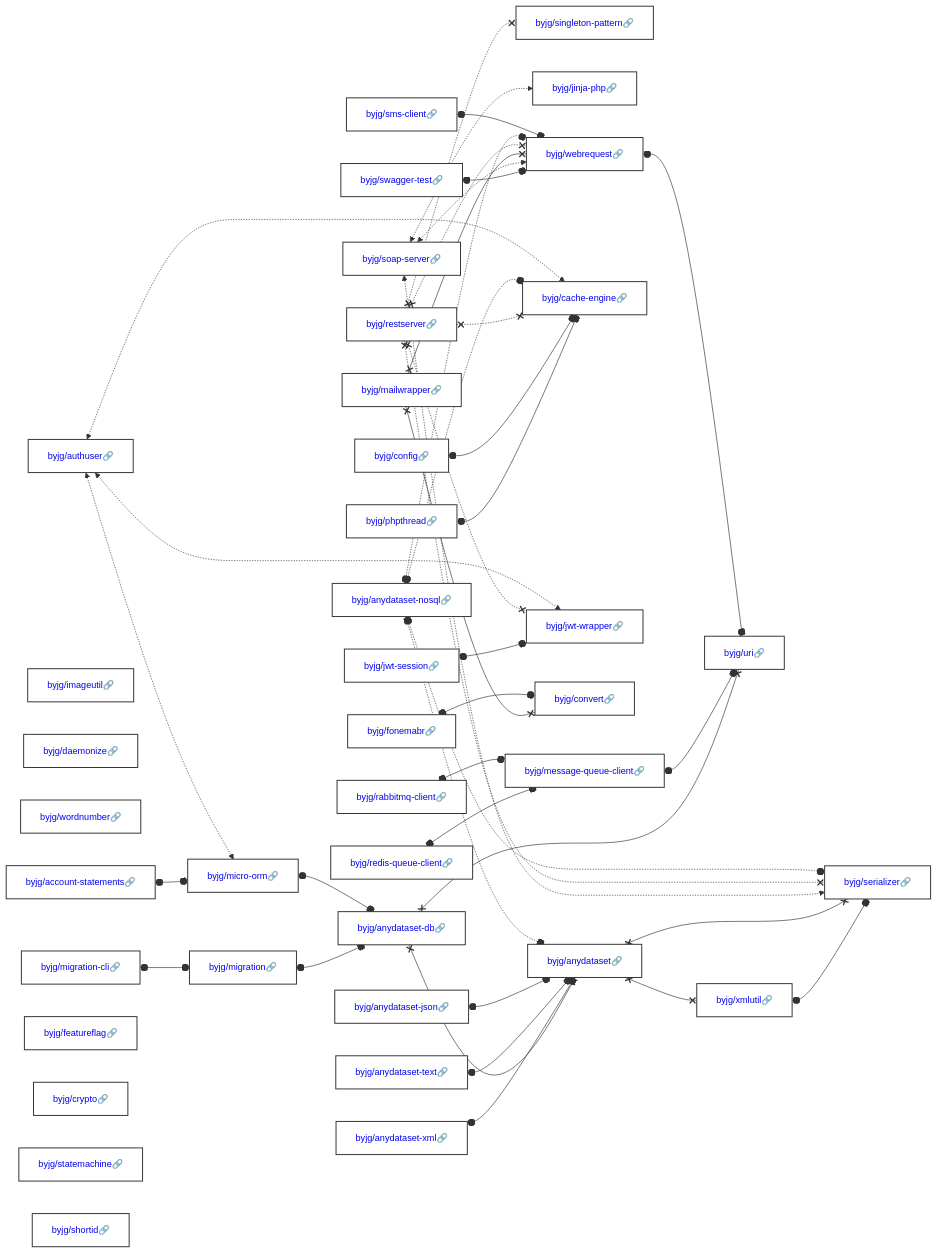
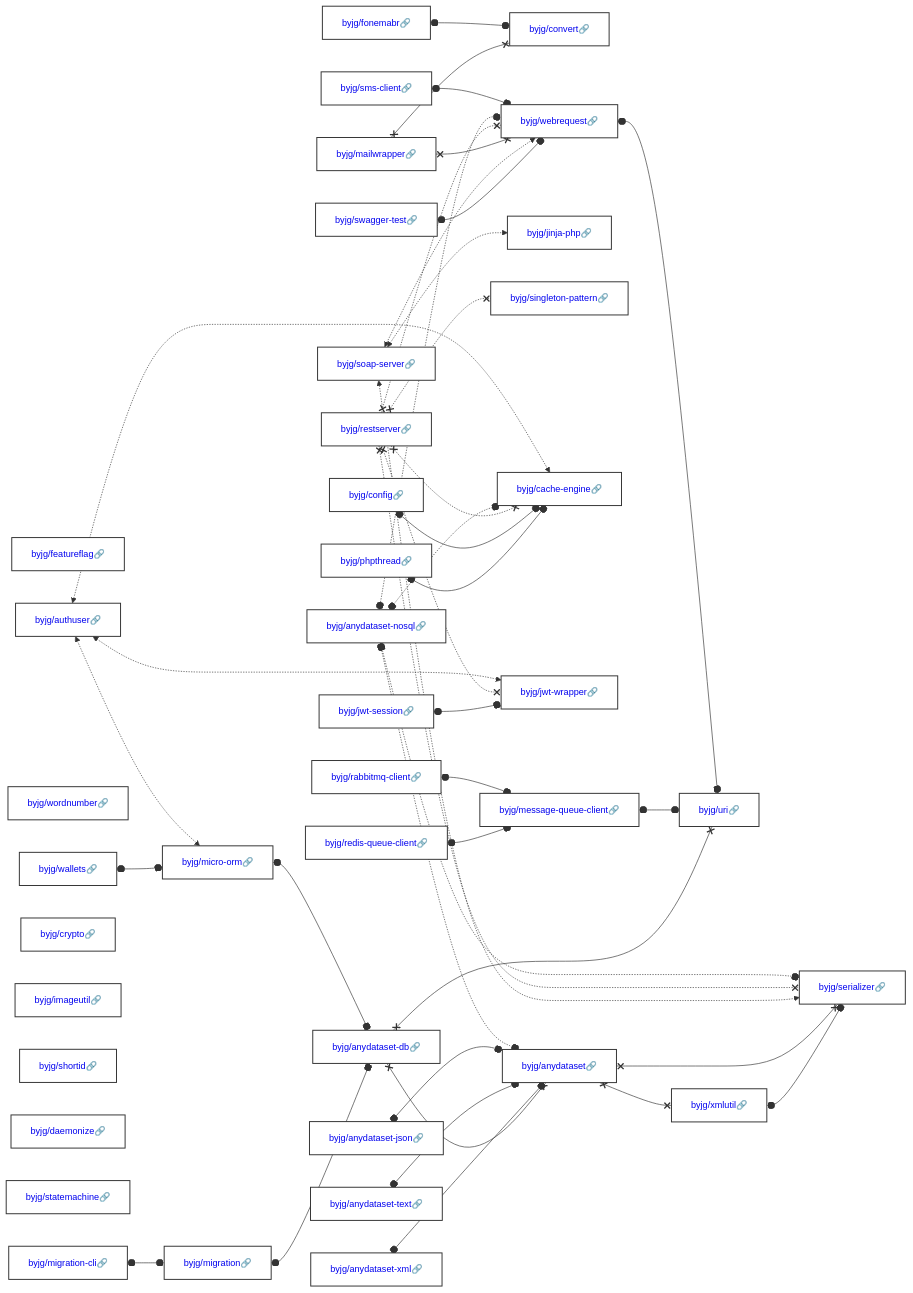
Before and after one commit to byjg/byjg.github.io: the diagram in docs/php/README.md, drawn with Mermaid. The commit also changed 8 other files, not shown here.

Commit message:
Update documentation 'php' 'php-wallets'

````diff
--- a/docs/php/README.md
+++ b/docs/php/README.md
@@ -3,38 +3,38 @@
 ```mermaid
 graph LR;
+  byjg/featureflag[<a href='https://opensource.byjg.com/docs/php/featureflag' style='text-decoration:none'>byjg/featureflag🔗</a>];
+  byjg/anydataset-xml[<a href='https://opensource.byjg.com/docs/php/anydataset-xml' style='text-decoration:none'>byjg/anydataset-xml🔗</a>];
+  byjg/migration-cli[<a href='https://opensource.byjg.com/docs/php/migration-cli' style='text-decoration:none'>byjg/migration-cli🔗</a>];
+  byjg/wordnumber[<a href='https://opensource.byjg.com/docs/php/wordnumber' style='text-decoration:none'>byjg/wordnumber🔗</a>];
+  byjg/wallets[<a href='https://opensource.byjg.com/docs/php/wallets' style='text-decoration:none'>byjg/wallets🔗</a>];
+  byjg/crypto[<a href='https://opensource.byjg.com/docs/php/crypto' style='text-decoration:none'>byjg/crypto🔗</a>];
+  byjg/fonemabr[<a href='https://opensource.byjg.com/docs/php/fonemabr' style='text-decoration:none'>byjg/fonemabr🔗</a>];
+  byjg/sms-client[<a href='https://opensource.byjg.com/docs/php/sms-client' style='text-decoration:none'>byjg/sms-client🔗</a>];
+  byjg/rabbitmq-client[<a href='https://opensource.byjg.com/docs/php/rabbitmq-client' style='text-decoration:none'>byjg/rabbitmq-client🔗</a>];
+  byjg/anydataset-nosql[<a href='https://opensource.byjg.com/docs/php/anydataset-nosql' style='text-decoration:none'>byjg/anydataset-nosql🔗</a>];
+  byjg/mailwrapper[<a href='https://opensource.byjg.com/docs/php/mailwrapper' style='text-decoration:none'>byjg/mailwrapper🔗</a>];
+  byjg/imageutil[<a href='https://opensource.byjg.com/docs/php/imageutil' style='text-decoration:none'>byjg/imageutil🔗</a>];
+  byjg/redis-queue-client[<a href='https://opensource.byjg.com/docs/php/redis-queue-client' style='text-decoration:none'>byjg/redis-queue-client🔗</a>];
+  byjg/shortid[<a href='https://opensource.byjg.com/docs/php/shortid' style='text-decoration:none'>byjg/shortid🔗</a>];
+  byjg/daemonize[<a href='https://opensource.byjg.com/docs/php/daemonize' style='text-decoration:none'>byjg/daemonize🔗</a>];
   byjg/phpthread[<a href='https://opensource.byjg.com/docs/php/phpthread' style='text-decoration:none'>byjg/phpthread🔗</a>];
+  byjg/statemachine[<a href='https://opensource.byjg.com/docs/php/statemachine' style='text-decoration:none'>byjg/statemachine🔗</a>];
+  byjg/config[<a href='https://opensource.byjg.com/docs/php/config' style='text-decoration:none'>byjg/config🔗</a>];
+  byjg/soap-server[<a href='https://opensource.byjg.com/docs/php/soap-server' style='text-decoration:none'>byjg/soap-server🔗</a>];
+  byjg/authuser[<a href='https://opensource.byjg.com/docs/php/authuser' style='text-decoration:none'>byjg/authuser🔗</a>];
+  byjg/jwt-session[<a href='https://opensource.byjg.com/docs/php/jwt-session' style='text-decoration:none'>byjg/jwt-session🔗</a>];
+  byjg/anydataset-text[<a href='https://opensource.byjg.com/docs/php/anydataset-text' style='text-decoration:none'>byjg/anydataset-text🔗</a>];
+  byjg/anydataset-json[<a href='https://opensource.byjg.com/docs/php/anydataset-json' style='text-decoration:none'>byjg/anydataset-json🔗</a>];
   byjg/restserver[<a href='https://opensource.byjg.com/docs/php/restserver' style='text-decoration:none'>byjg/restserver🔗</a>];
-  byjg/migration-cli[<a href='https://opensource.byjg.com/docs/php/migration-cli' style='text-decoration:none'>byjg/migration-cli🔗</a>];
   byjg/swagger-test[<a href='https://opensource.byjg.com/docs/php/swagger-test' style='text-decoration:none'>byjg/swagger-test🔗</a>];
-  byjg/fonemabr[<a href='https://opensource.byjg.com/docs/php/fonemabr' style='text-decoration:none'>byjg/fonemabr🔗</a>];
-  byjg/jwt-session[<a href='https://opensource.byjg.com/docs/php/jwt-session' style='text-decoration:none'>byjg/jwt-session🔗</a>];
-  byjg/anydataset-nosql[<a href='https://opensource.byjg.com/docs/php/anydataset-nosql' style='text-decoration:none'>byjg/anydataset-nosql🔗</a>];
-  byjg/anydataset-xml[<a href='https://opensource.byjg.com/docs/php/anydataset-xml' style='text-decoration:none'>byjg/anydataset-xml🔗</a>];
-  byjg/anydataset-json[<a href='https://opensource.byjg.com/docs/php/anydataset-json' style='text-decoration:none'>byjg/anydataset-json🔗</a>];
-  byjg/sms-client[<a href='https://opensource.byjg.com/docs/php/sms-client' style='text-decoration:none'>byjg/sms-client🔗</a>];
-  byjg/redis-queue-client[<a href='https://opensource.byjg.com/docs/php/redis-queue-client' style='text-decoration:none'>byjg/redis-queue-client🔗</a>];
-  byjg/anydataset-text[<a href='https://opensource.byjg.com/docs/php/anydataset-text' style='text-decoration:none'>byjg/anydataset-text🔗</a>];
-  byjg/imageutil[<a href='https://opensource.byjg.com/docs/php/imageutil' style='text-decoration:none'>byjg/imageutil🔗</a>];
-  byjg/daemonize[<a href='https://opensource.byjg.com/docs/php/daemonize' style='text-decoration:none'>byjg/daemonize🔗</a>];
-  byjg/wordnumber[<a href='https://opensource.byjg.com/docs/php/wordnumber' style='text-decoration:none'>byjg/wordnumber🔗</a>];
-  byjg/account-statements[<a href='https://opensource.byjg.com/docs/php/account-statements' style='text-decoration:none'>byjg/account-statements🔗</a>];
-  byjg/soap-server[<a href='https://opensource.byjg.com/docs/php/soap-server' style='text-decoration:none'>byjg/soap-server🔗</a>];
-  byjg/config[<a href='https://opensource.byjg.com/docs/php/config' style='text-decoration:none'>byjg/config🔗</a>];
-  byjg/rabbitmq-client[<a href='https://opensource.byjg.com/docs/php/rabbitmq-client' style='text-decoration:none'>byjg/rabbitmq-client🔗</a>];
-  byjg/authuser[<a href='https://opensource.byjg.com/docs/php/authuser' style='text-decoration:none'>byjg/authuser🔗</a>];
-  byjg/featureflag[<a href='https://opensource.byjg.com/docs/php/featureflag' style='text-decoration:none'>byjg/featureflag🔗</a>];
-  byjg/mailwrapper[<a href='https://opensource.byjg.com/docs/php/mailwrapper' style='text-decoration:none'>byjg/mailwrapper🔗</a>];
-  byjg/crypto[<a href='https://opensource.byjg.com/docs/php/crypto' style='text-decoration:none'>byjg/crypto🔗</a>];
-  byjg/statemachine[<a href='https://opensource.byjg.com/docs/php/statemachine' style='text-decoration:none'>byjg/statemachine🔗</a>];
-  byjg/shortid[<a href='https://opensource.byjg.com/docs/php/shortid' style='text-decoration:none'>byjg/shortid🔗</a>];
+  byjg/migration[<a href='https://opensource.byjg.com/docs/php/migration' style='text-decoration:none'>byjg/migration🔗</a>];
+  byjg/convert[<a href='https://opensource.byjg.com/docs/php/convert' style='text-decoration:none'>byjg/convert🔗</a>];
+  byjg/message-queue-client[<a href='https://opensource.byjg.com/docs/php/message-queue-client' style='text-decoration:none'>byjg/message-queue-client🔗</a>];
+  byjg/jinja-php[<a href='https://opensource.byjg.com/docs/php/jinja-php' style='text-decoration:none'>byjg/jinja-php🔗</a>];
+  byjg/micro-orm[<a href='https://opensource.byjg.com/docs/php/micro-orm' style='text-decoration:none'>byjg/micro-orm🔗</a>];
   byjg/singleton-pattern[<a href='https://opensource.byjg.com/docs/php/singleton-pattern' style='text-decoration:none'>byjg/singleton-pattern🔗</a>];
-  byjg/migration[<a href='https://opensource.byjg.com/docs/php/migration' style='text-decoration:none'>byjg/migration🔗</a>];
-  byjg/jinja-php[<a href='https://opensource.byjg.com/docs/php/jinja-php' style='text-decoration:none'>byjg/jinja-php🔗</a>];
-  byjg/message-queue-client[<a href='https://opensource.byjg.com/docs/php/message-queue-client' style='text-decoration:none'>byjg/message-queue-client🔗</a>];
-  byjg/micro-orm[<a href='https://opensource.byjg.com/docs/php/micro-orm' style='text-decoration:none'>byjg/micro-orm🔗</a>];
   byjg/cache-engine[<a href='https://opensource.byjg.com/docs/php/cache-engine' style='text-decoration:none'>byjg/cache-engine🔗</a>];
   byjg/jwt-wrapper[<a href='https://opensource.byjg.com/docs/php/jwt-wrapper' style='text-decoration:none'>byjg/jwt-wrapper🔗</a>];
-  byjg/convert[<a href='https://opensource.byjg.com/docs/php/convert' style='text-decoration:none'>byjg/convert🔗</a>];
   byjg/webrequest[<a href='https://opensource.byjg.com/docs/php/webrequest' style='text-decoration:none'>byjg/webrequest🔗</a>];
   byjg/anydataset-db[<a href='https://opensource.byjg.com/docs/php/anydataset-db' style='text-decoration:none'>byjg/anydataset-db🔗</a>];
   byjg/anydataset[<a href='https://opensource.byjg.com/docs/php/anydataset' style='text-decoration:none'>byjg/anydataset🔗</a>];
@@ -45,6 +45,7 @@
   byjg/anydataset x--x byjg/serializer;
   byjg/anydataset x--x byjg/xmlutil;
   byjg/migration o--o byjg/anydataset-db;
+  byjg/wallets o--o byjg/micro-orm;
   byjg/swagger-test o--o byjg/webrequest;
   byjg/anydataset-db x--x byjg/anydataset;
   byjg/anydataset-db x--x byjg/uri;
@@ -58,7 +59,6 @@
   byjg/webrequest o--o byjg/uri;
   byjg/migration-cli o--o byjg/migration;
   byjg/jwt-session o--o byjg/jwt-wrapper;
-  byjg/account-statements o--o byjg/micro-orm;
   byjg/fonemabr o--o byjg/convert;
   byjg/redis-queue-client o--o byjg/message-queue-client;
   byjg/anydataset-xml o--o byjg/anydataset;
````
